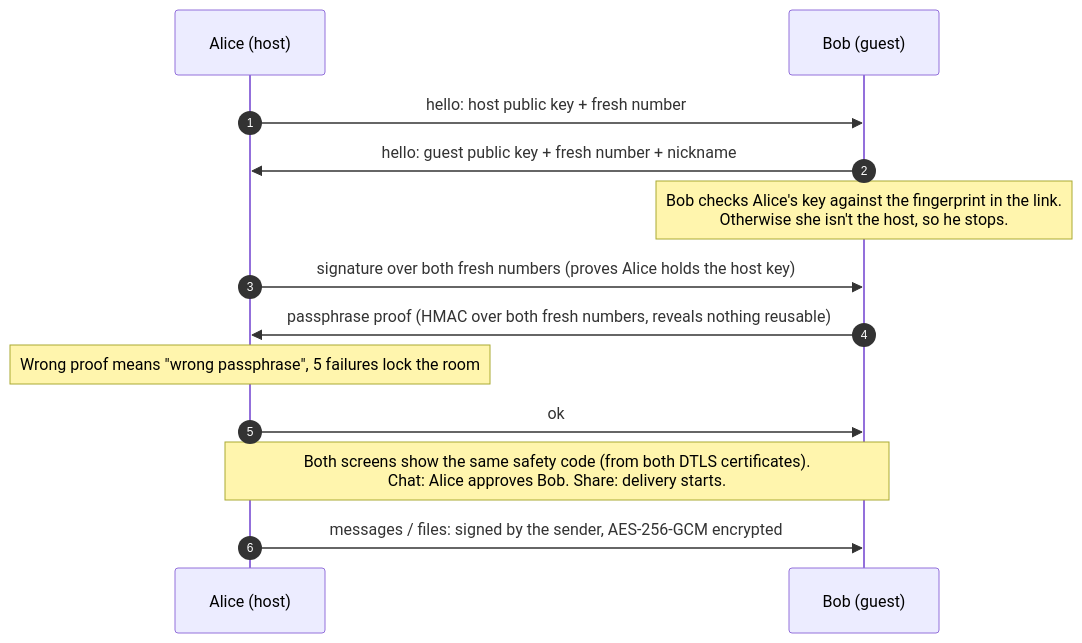
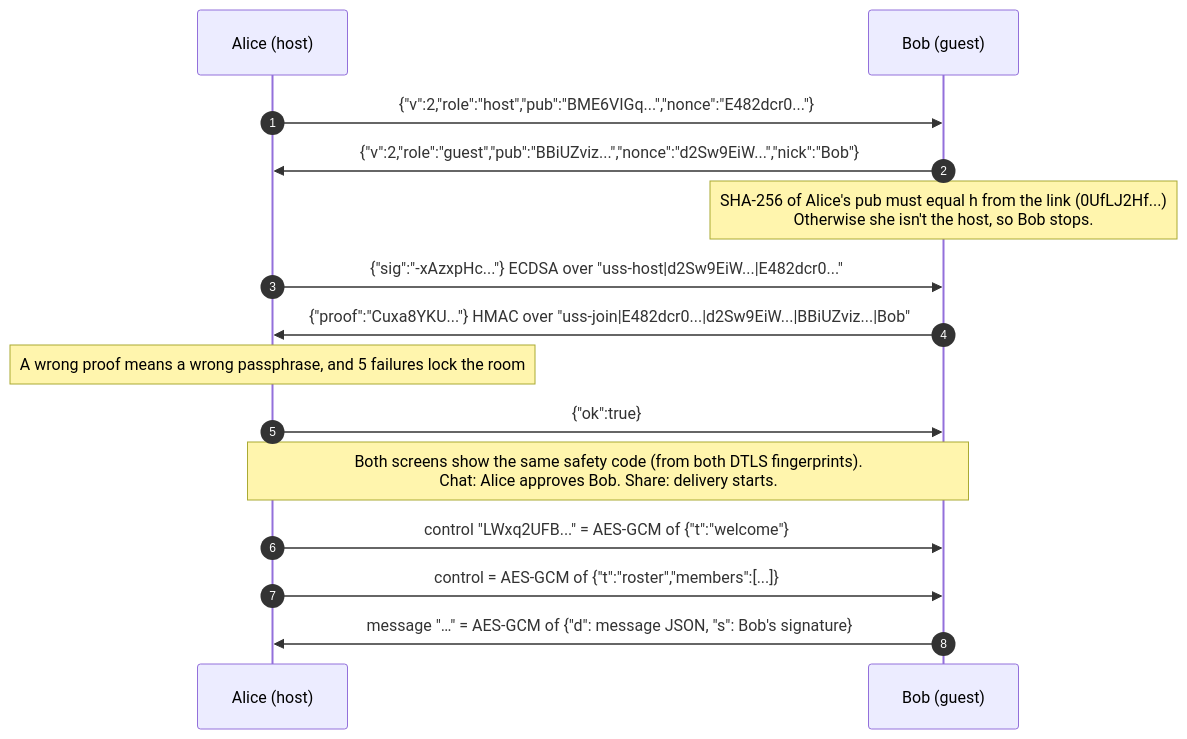
Before and after one commit to common-sec/secure-share: the fourth of 6 diagrams in docs/COMMUNICATION.md, drawn with Mermaid. The commit also changed other lines of this file, not shown here.

First line of the commit message:
Explain the connection with real message examples, sources and ports

````diff
--- a/docs/COMMUNICATION.md
+++ b/docs/COMMUNICATION.md
@@ -140,15 +292,17 @@
 ```mermaid
 sequenceDiagram
     autonumber
     participant A as Alice (host)
     participant B as Bob (guest)
-    A->>B: hello: host public key + fresh number
-    B->>A: hello: guest public key + fresh number + nickname
-    Note over B: Bob checks Alice's key against the fingerprint in the link.<br/>Otherwise she isn't the host, so he stops.
-    A->>B: signature over both fresh numbers (proves Alice holds the host key)
-    B->>A: passphrase proof (HMAC over both fresh numbers, reveals nothing reusable)
-    Note over A: Wrong proof means "wrong passphrase", 5 failures lock the room
-    A->>B: ok
-    Note over A,B: Both screens show the same safety code (from both DTLS certificates).<br/>Chat: Alice approves Bob. Share: delivery starts.
-    A->>B: messages / files: signed by the sender, AES-256-GCM encrypted
+    A->>B: {"v":2,"role":"host","pub":"BME6VIGq...","nonce":"E482dcr0..."}
+    B->>A: {"v":2,"role":"guest","pub":"BBiUZviz...","nonce":"d2Sw9EiW...","nick":"Bob"}
+    Note over B: SHA-256 of Alice's pub must equal h from the link (0UfLJ2Hf...)<br/>Otherwise she isn't the host, so Bob stops.
+    A->>B: {"sig":"-xAzxpHc..."} ECDSA over "uss-host|d2Sw9EiW...|E482dcr0..."
+    B->>A: {"proof":"Cuxa8YKU..."} HMAC over "uss-join|E482dcr0...|d2Sw9EiW...|BBiUZviz...|Bob"
+    Note over A: A wrong proof means a wrong passphrase, and 5 failures lock the room
+    A->>B: {"ok":true}
+    Note over A,B: Both screens show the same safety code (from both DTLS fingerprints).<br/>Chat: Alice approves Bob. Share: delivery starts.
+    A->>B: control "LWxq2UFB..." = AES-GCM of {"t":"welcome"}
+    A->>B: control = AES-GCM of {"t":"roster","members":[...]}
+    B->>A: message "…" = AES-GCM of {"d": message JSON, "s": Bob's signature}
 ```
````
